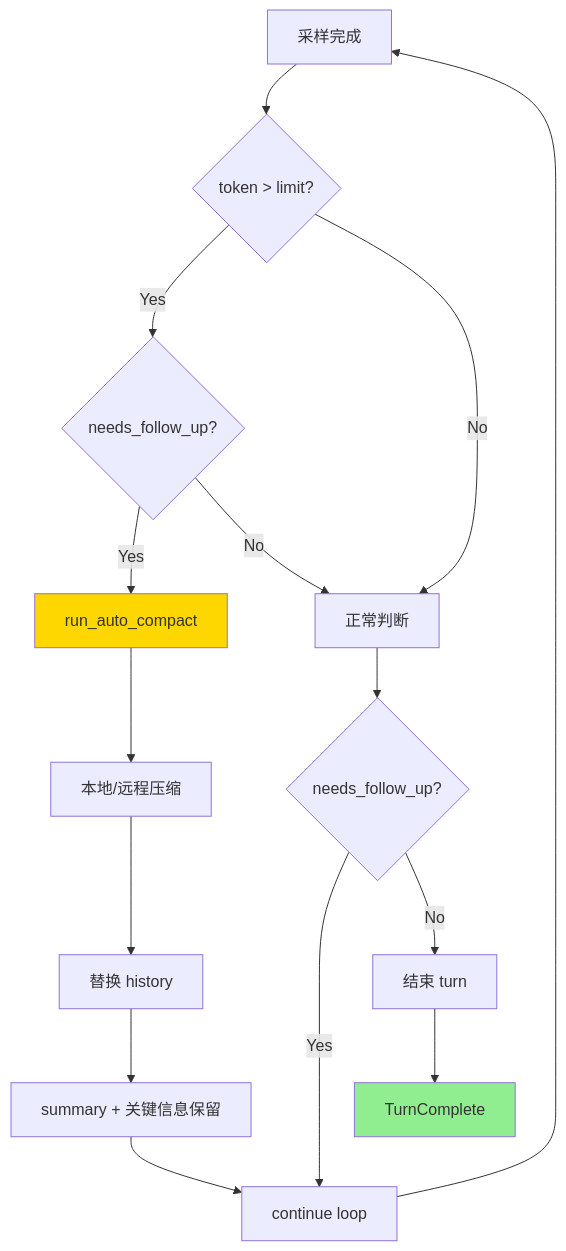
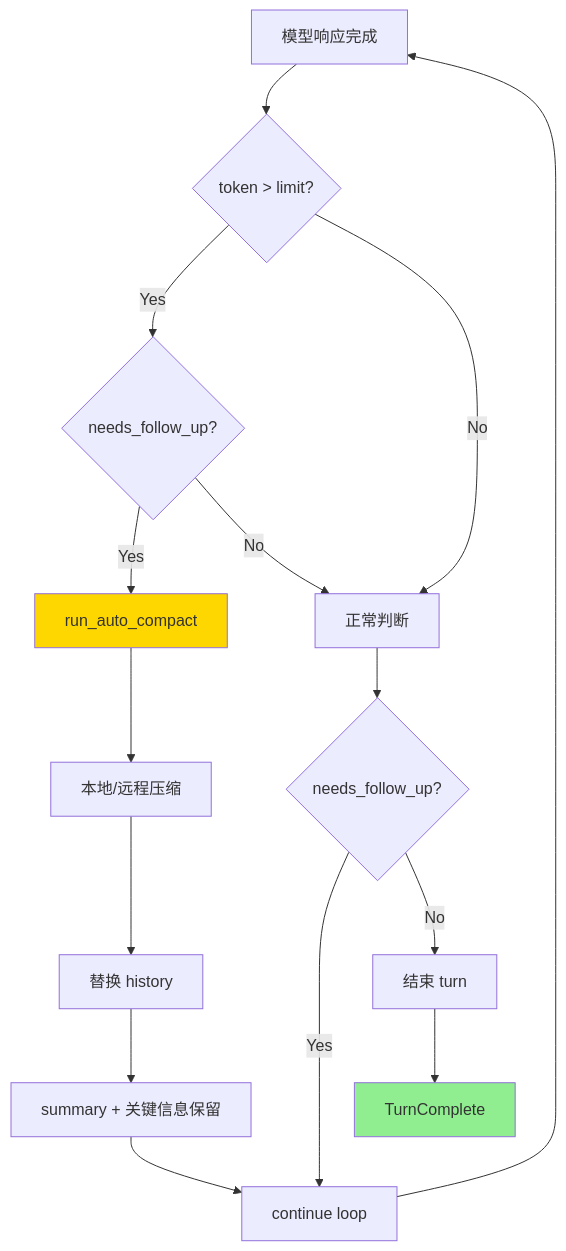
One commit to giraffe-tree/agent-base changed the eighth of 12 diagrams in docs/codex/04-codex-agent-loop.md. Above: the diagram before and after it, drawn with Mermaid. The commit also changed other lines of this file and 2 other files, not shown here.

````diff
--- a/docs/codex/04-codex-agent-loop.md
+++ b/docs/codex/04-codex-agent-loop.md
@@ -437,24 +437,24 @@
 ```mermaid
 flowchart TD
-    Start[采样完成] --> Check{token > limit?}
+    Start[模型响应完成] --> Check{token > limit?}
     Check -->|Yes| Check2{needs_follow_up?}
     Check -->|No| Normal[正常判断]
 
     Check2 -->|Yes| Compact[run_auto_compact]
     Check2 -->|No| Normal
 
     Compact --> C1[本地/远程压缩]
     C1 --> C2[替换 history]
     C2 --> C3[summary + 关键信息保留]
     C3 --> Continue[continue loop]
 
     Normal --> N1{needs_follow_up?}
     N1 -->|Yes| Continue
     N1 -->|No| EndTurn[结束 turn]
 
     Continue --> Start
     EndTurn --> End[TurnComplete]
 
     style Compact fill:#FFD700
     style End fill:#90EE90
 ```
````
